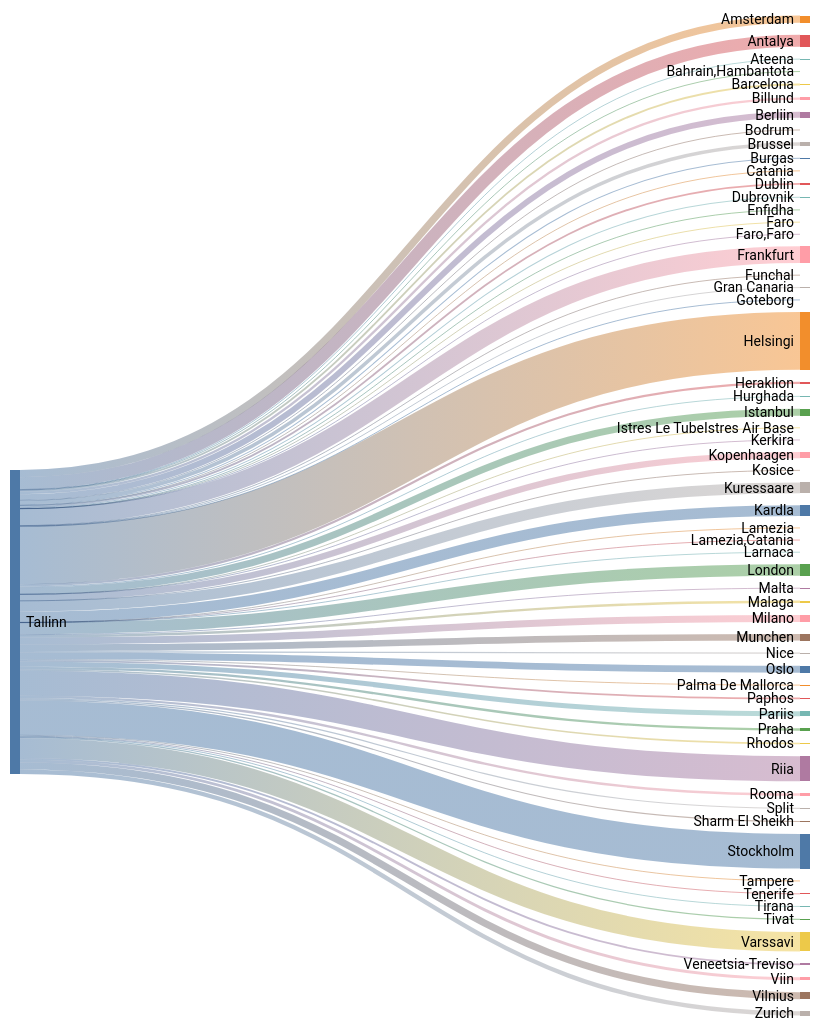
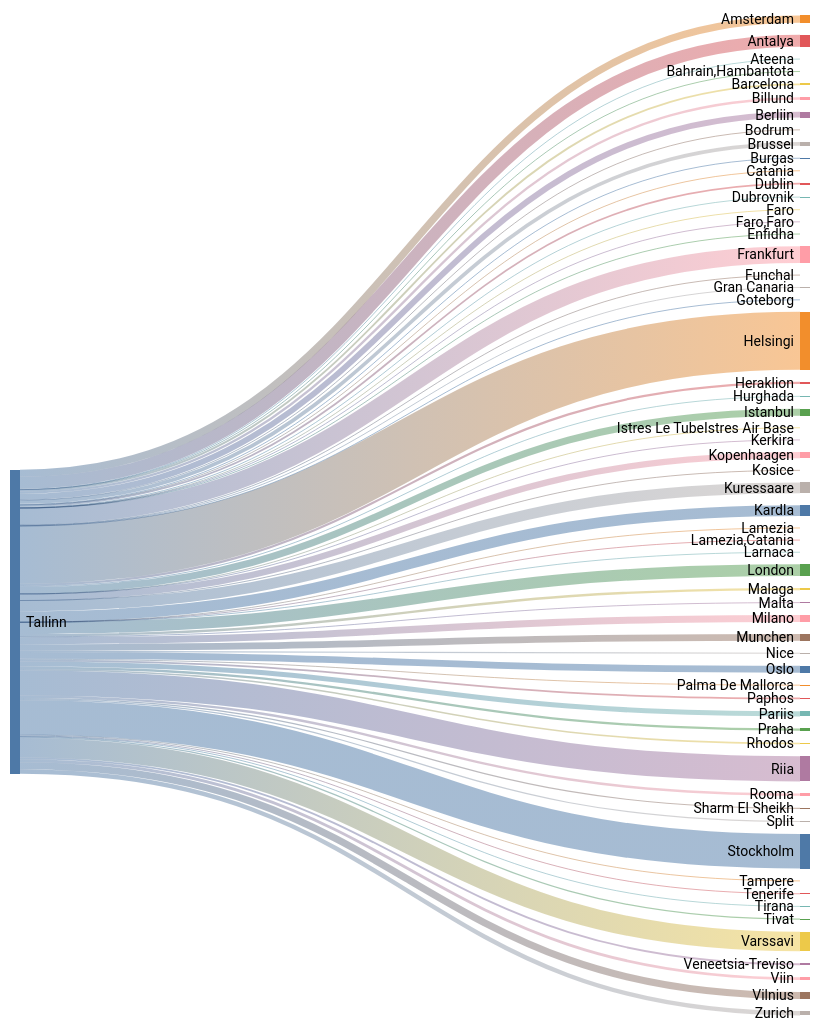
Before and after one commit to rainermesi/tll-airport-departures: the second of 2 diagrams in README.md, drawn with Mermaid (forest theme). The commit also changed other lines of this file, not shown here.

````diff
--- a/README.md
+++ b/README.md
@@ -34,72 +34,72 @@
 ```mermaid
 ---
 config:
   sankey:
     showValues: false
     width: 800
     height: 1000
 ---
 sankey-beta
 %% source,target,value
-Tallinn,Amsterdam,150
+Tallinn,Amsterdam,152
 Tallinn,Antalya,252
 Tallinn,Ateena,16
 Tallinn,"Bahrain,Hambantota",1
 Tallinn,Barcelona,39
 Tallinn,Berliin,124
 Tallinn,Billund,49
 Tallinn,Bodrum,11
-Tallinn,Brussel,75
+Tallinn,Brussel,76
 Tallinn,Burgas,21
 Tallinn,Catania,2
 Tallinn,Dublin,38
 Tallinn,Dubrovnik,21
 Tallinn,Enfidha,7
 Tallinn,Faro,4
 Tallinn,"Faro,Faro",1
-Tallinn,Frankfurt,350
+Tallinn,Frankfurt,353
 Tallinn,Funchal,5
 Tallinn,Gran Canaria,13
 Tallinn,Goteborg,1
-Tallinn,Helsingi,1208
+Tallinn,Helsingi,1217
 Tallinn,Heraklion,46
 Tallinn,Hurghada,19
-Tallinn,Istanbul,145
+Tallinn,Istanbul,146
 Tallinn,Istres Le TubeIstres Air Base,2
 Tallinn,Kerkira,4
-Tallinn,Kopenhaagen,132
+Tallinn,Kopenhaagen,133
 Tallinn,Kosice,1
-Tallinn,Kuressaare,225
-Tallinn,Kardla,225
+Tallinn,Kuressaare,227
+Tallinn,Kardla,227
 Tallinn,Lamezia,1
 Tallinn,"Lamezia,Catania",3
 Tallinn,Larnaca,4
-Tallinn,London,241
-Tallinn,Malaga,49
+Tallinn,London,243
+Tallinn,Malaga,50
 Tallinn,Malta,15
-Tallinn,Milano,147
+Tallinn,Milano,148
 Tallinn,Munchen,140
 Tallinn,Nice,25
-Tallinn,Oslo,143
+Tallinn,Oslo,144
 Tallinn,Palma De Mallorca,19
 Tallinn,Paphos,37
-Tallinn,Pariis,105
+Tallinn,Pariis,106
 Tallinn,Praha,49
 Tallinn,Rhodos,32
-Tallinn,Riia,525
+Tallinn,Riia,529
 Tallinn,Rooma,50
-Tallinn,Sharm El Sheikh,23
+Tallinn,Sharm El Sheikh,24
 Tallinn,Split,25
-Tallinn,Stockholm,722
+Tallinn,Stockholm,724
 Tallinn,Tampere,17
 Tallinn,Tenerife,19
 Tallinn,Tirana,8
 Tallinn,Tivat,26
-Tallinn,Varssavi,409
+Tallinn,Varssavi,411
 Tallinn,Veneetsia-Treviso,38
 Tallinn,Viin,60
-Tallinn,Vilnius,147
-Tallinn,Zurich,91
+Tallinn,Vilnius,149
+Tallinn,Zurich,92
 
 
 ```
````
